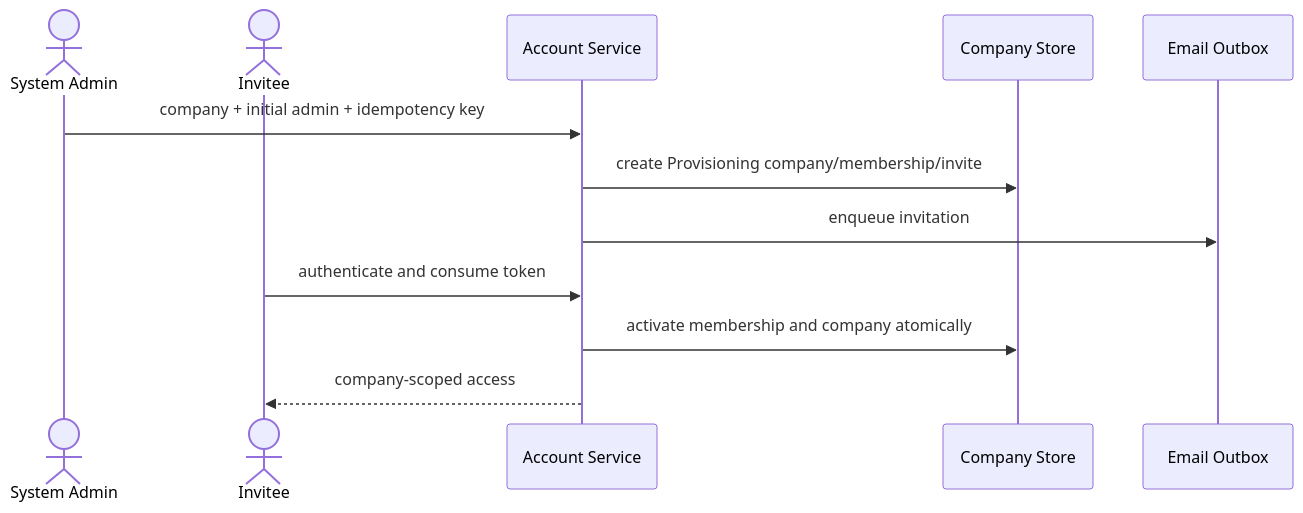
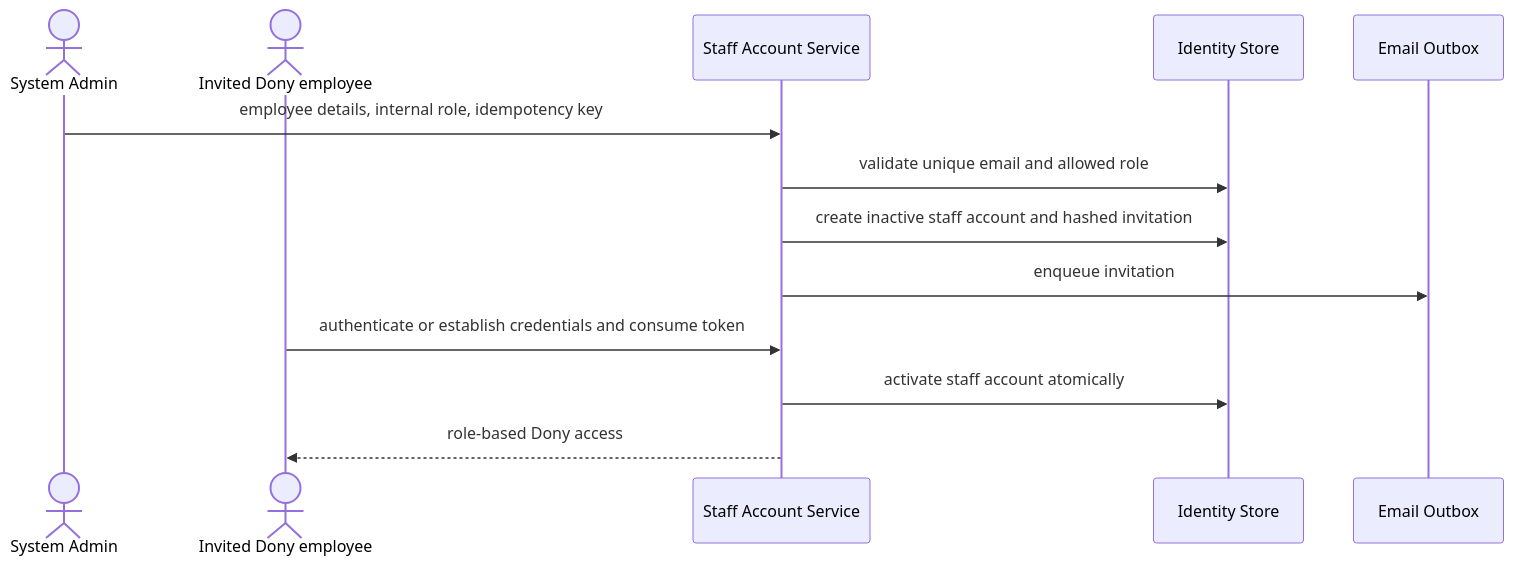
One commit to ankhanhwork/weavelink-project changed the second of 2 diagrams in specs/spec-MFG-03.md. Above: the diagram before and after it, drawn with Mermaid. The commit also changed other lines of this file and 101 other files, not shown here.

````diff
--- a/specs/spec-MFG-03.md
+++ b/specs/spec-MFG-03.md
@@ -84,14 +93,15 @@
 ```mermaid
 sequenceDiagram
   actor Admin as System Admin
-  actor Invitee
-  participant Service as Account Service
-  participant DB as Company Store
+  actor Employee as Invited Dony employee
+  participant Service as Staff Account Service
+  participant DB as Identity Store
   participant Mail as Email Outbox
-  Admin->>Service: company + initial admin + idempotency key
-  Service->>DB: create Provisioning company/membership/invite
+  Admin->>Service: employee details, internal role, idempotency key
+  Service->>DB: validate unique email and allowed role
+  Service->>DB: create inactive staff account and hashed invitation
   Service->>Mail: enqueue invitation
-  Invitee->>Service: authenticate and consume token
-  Service->>DB: activate membership and company atomically
-  Service-->>Invitee: company-scoped access
+  Employee->>Service: authenticate or establish credentials and consume token
+  Service->>DB: activate staff account atomically
+  Service-->>Employee: role-based Dony access
 ```
````
